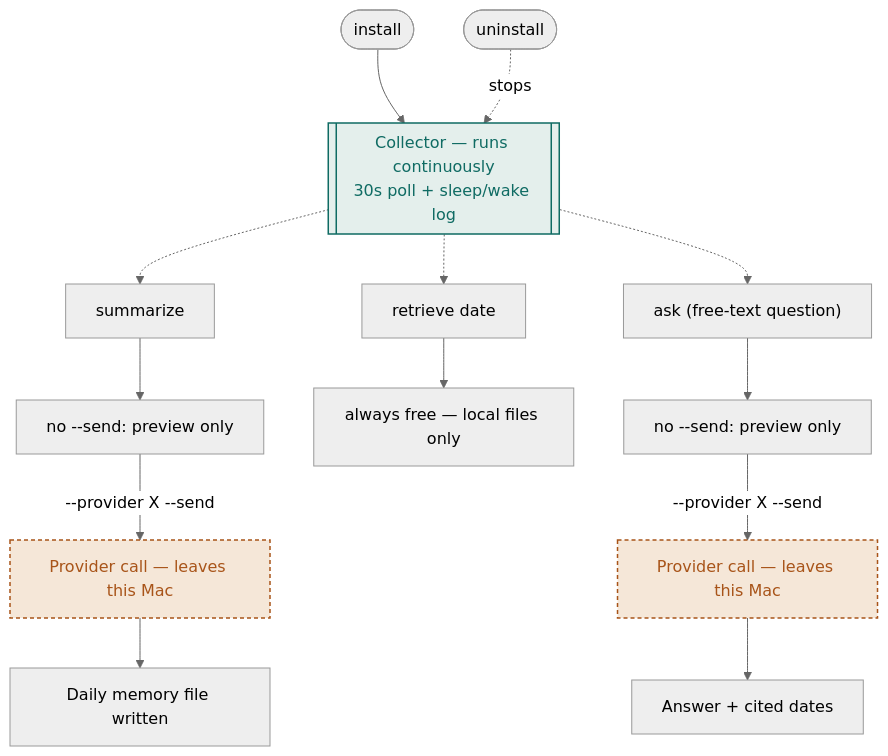
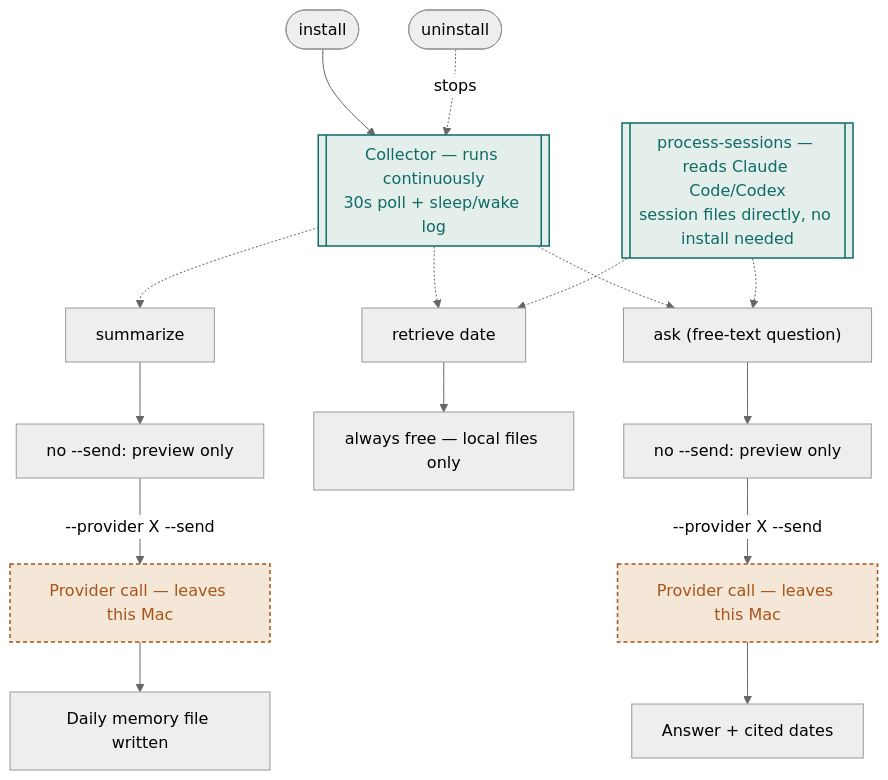
One commit to Haro3573/computer_history_local-CLI-use changed the first of 3 diagrams in README.md. Above: the diagram before and after it, drawn with Mermaid (neutral theme). The commit also changed other lines of this file and 5 other files, not shown here.

````diff
--- a/README.md
+++ b/README.md
@@ -24,21 +24,24 @@
 ```mermaid
 flowchart TD
     Install(["install"]) --> Collector[["Collector — runs continuously<br/>30s poll + sleep/wake log"]]:::local
     Collector -.-> Summarize["summarize"]
     Collector -.-> Retrieve["retrieve date"]
     Collector -.-> Ask["ask (free-text question)"]
+    ProcessSessions[["process-sessions — reads Claude Code/Codex<br/>session files directly, no install needed"]]:::local
+    ProcessSessions -.-> Retrieve
+    ProcessSessions -.-> Ask
     Uninstall(["uninstall"]) -. stops .-> Collector
 
     Summarize --> SPreview["no --send: preview only"]
     SPreview -->|"--provider X --send"| SSend["Provider call — leaves this Mac"]:::transfer
     SSend --> SDone["Daily memory file written"]
 
     Retrieve --> RDone["always free — local files only"]
 
     Ask --> APreview["no --send: preview only"]
     APreview -->|"--provider X --send"| ASend["Provider call — leaves this Mac"]:::transfer
     ASend --> ADone["Answer + cited dates"]
 
     classDef local fill:#e4efec,stroke:#0f6b63,color:#0f6b63,stroke-width:1.5px;
     classDef transfer fill:#f5e7d8,stroke:#a85419,color:#a85419,stroke-width:1.5px,stroke-dasharray: 4 3;
 ```
````
